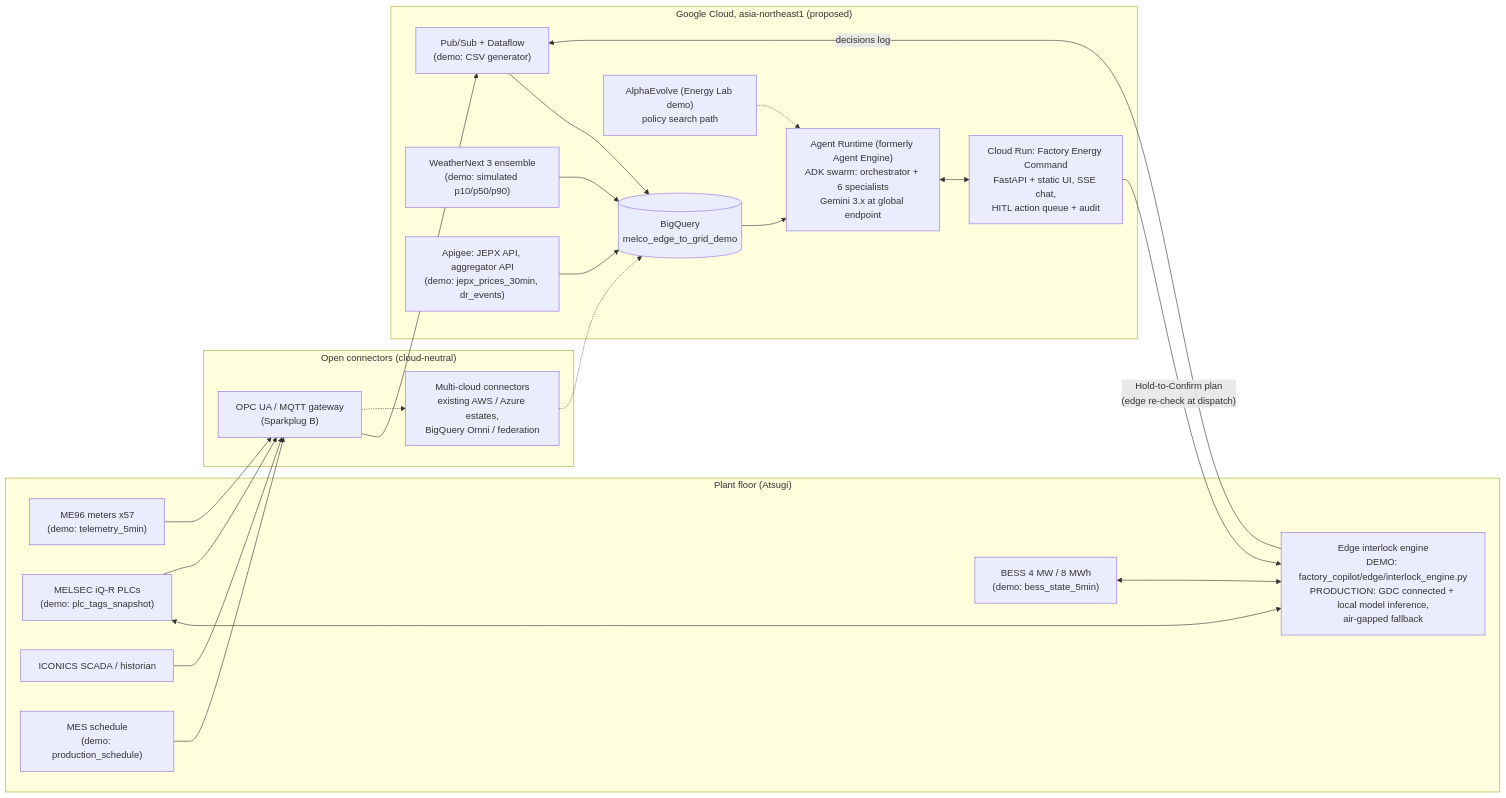
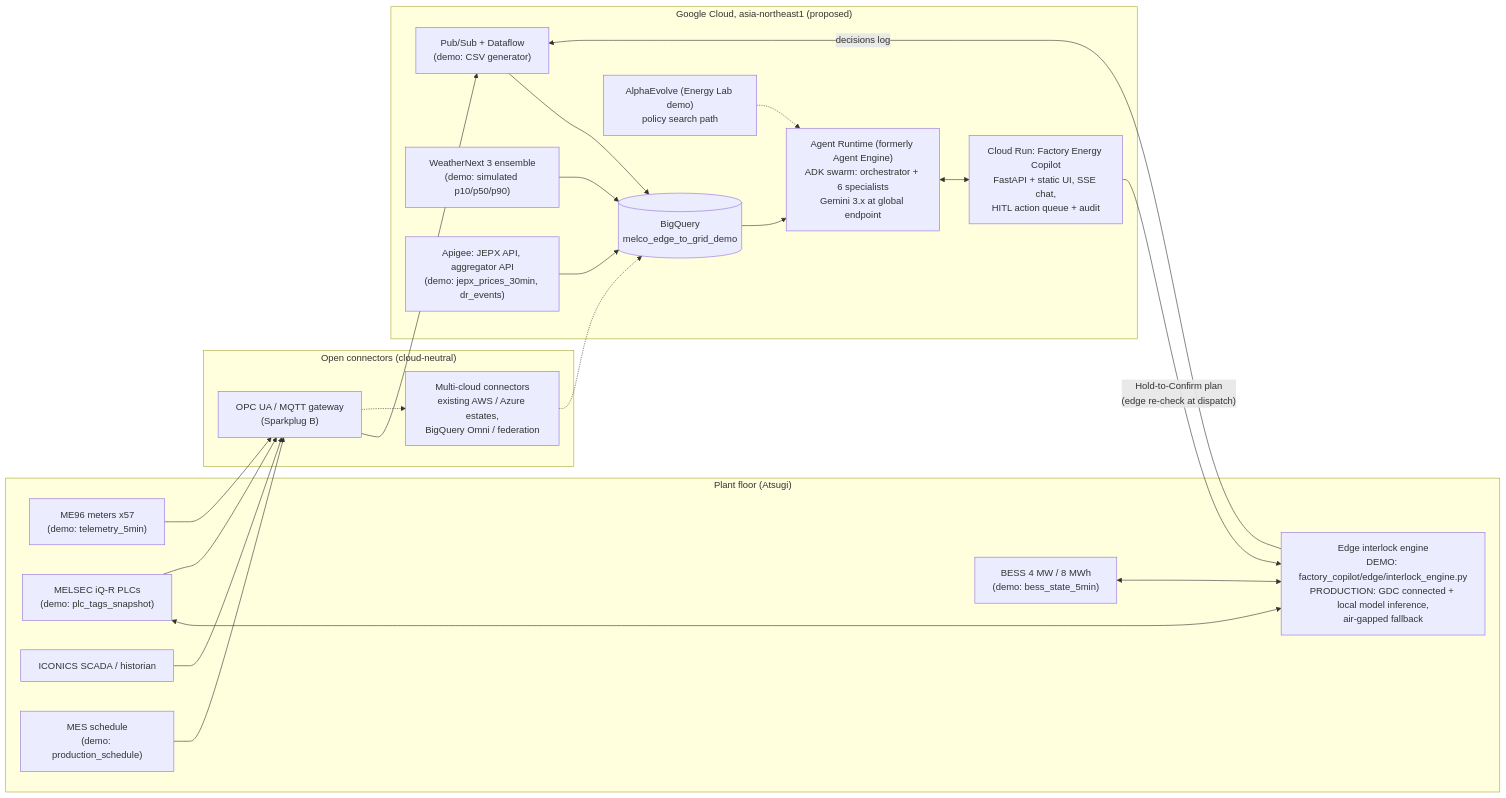
One commit to irvivek-debug/japan-energy-gcp-agentic-demos changed the diagram in melco-edge-to-grid/docs/TECHNICAL_DESIGN.md. Above: the diagram before and after it, drawn with Mermaid. The commit also changed 313 other files, not shown here.

````diff
--- a/melco-edge-to-grid/docs/TECHNICAL_DESIGN.md
+++ b/melco-edge-to-grid/docs/TECHNICAL_DESIGN.md
@@ -11,40 +11,40 @@
 ```mermaid
 flowchart LR
   subgraph PLANT["Plant floor (Atsugi)"]
     ME96["ME96 meters x57\n(demo: telemetry_5min)"]
     PLC["MELSEC iQ-R PLCs\n(demo: plc_tags_snapshot)"]
     SCADA["ICONICS SCADA / historian"]
     MES["MES schedule\n(demo: production_schedule)"]
     BESS["BESS 4 MW / 8 MWh\n(demo: bess_state_5min)"]
     EDGE["Edge interlock engine\nDEMO: factory_copilot/edge/interlock_engine.py\nPRODUCTION: GDC connected + local model inference,\nair-gapped fallback"]
     PLC <--> EDGE
     BESS <--> EDGE
   end
   subgraph CONNECT["Open connectors (cloud-neutral)"]
     OPC["OPC UA / MQTT gateway\n(Sparkplug B)"]
     MC["Multi-cloud connectors\nexisting AWS / Azure estates,\nBigQuery Omni / federation"]
   end
   subgraph GCP["Google Cloud, asia-northeast1 (proposed)"]
     PS["Pub/Sub + Dataflow\n(demo: CSV generator)"]
     BQ[("BigQuery\nmelco_edge_to_grid_demo")]
     WN["WeatherNext 3 ensemble\n(demo: simulated p10/p50/p90)"]
     APIGEE["Apigee: JEPX API, aggregator API\n(demo: jepx_prices_30min, dr_events)"]
     AR["Agent Runtime (formerly Agent Engine)\nADK swarm: orchestrator + 6 specialists\nGemini 3.x at global endpoint"]
-    CR["Cloud Run: Factory Energy Command\nFastAPI + static UI, SSE chat,\nHITL action queue + audit"]
+    CR["Cloud Run: Factory Energy Copilot\nFastAPI + static UI, SSE chat,\nHITL action queue + audit"]
     AE["AlphaEvolve (Energy Lab demo)\npolicy search path"]
   end
   ME96 --> OPC
   PLC --> OPC
   SCADA --> OPC
   MES --> OPC
   OPC --> PS --> BQ
   OPC -.-> MC
   MC -.-> BQ
   WN --> BQ
   APIGEE --> BQ
   BQ --> AR
   AR <--> CR
   CR -- "Hold-to-Confirm plan\n(edge re-check at dispatch)" --> EDGE
   EDGE -- "decisions log" --> PS
   AE -.-> AR
 ```
````
